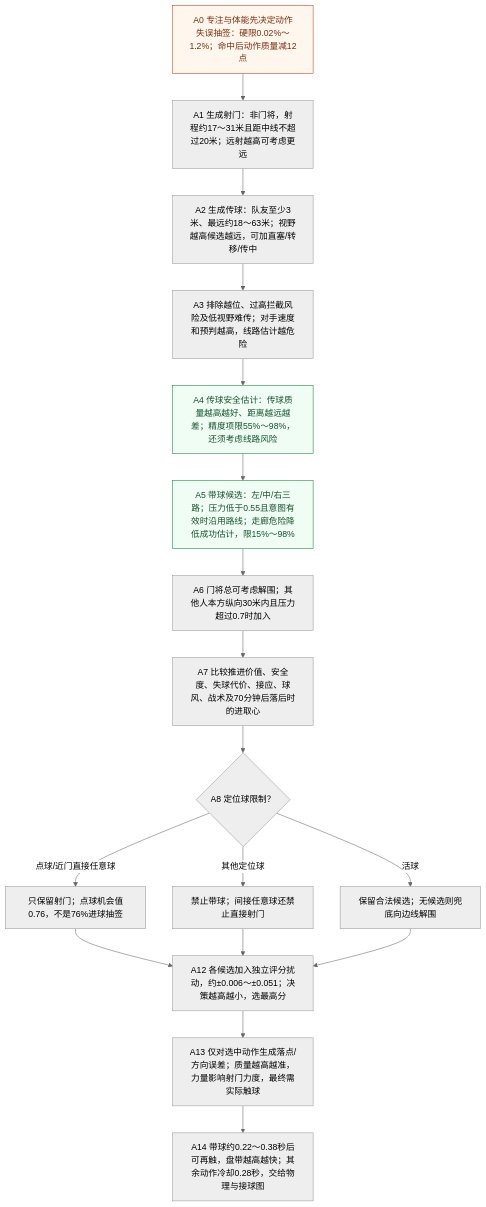
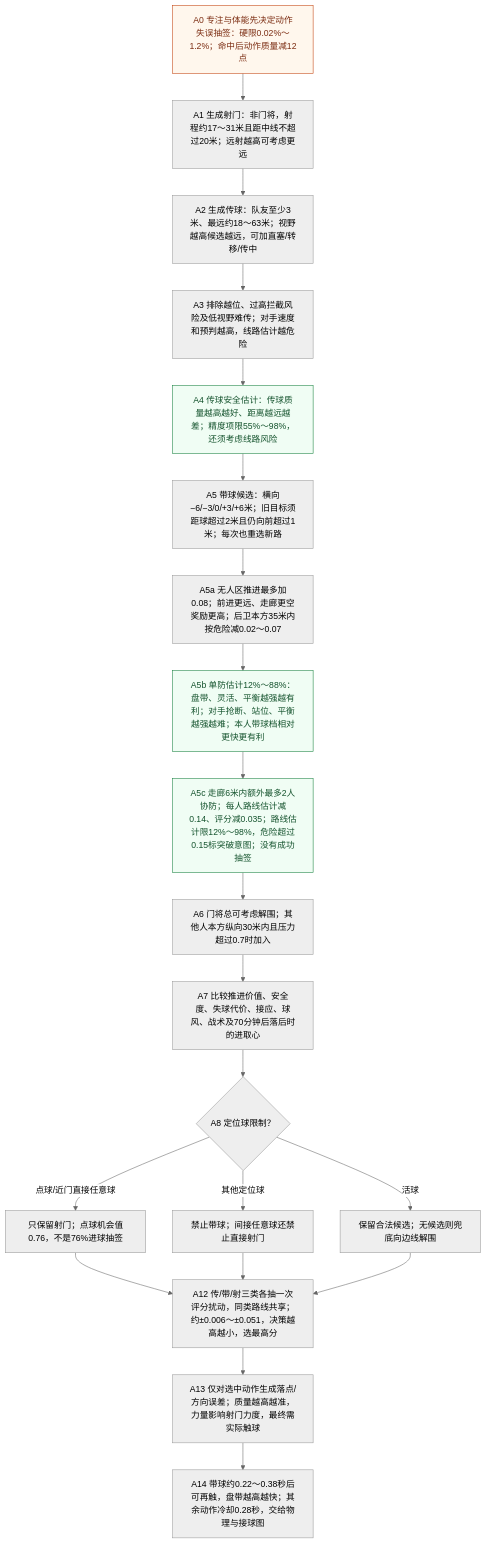
The fifth of 6 diagrams in packages/shared/modules/matches/design/PLAYER_DECISION_MAP.md (sixu3575/touchline-manager), drawn with Mermaid (neutral theme) before and after one commit. The commit also changed other lines of this file and 20 other files, not shown here.

````diff
--- a/packages/shared/modules/matches/design/PLAYER_DECISION_MAP.md
+++ b/packages/shared/modules/matches/design/PLAYER_DECISION_MAP.md
@@ -206,23 +206,26 @@
 ```mermaid
 flowchart TD
   A0["A0 专注与体能先决定动作失误抽签：硬限0.02%～1.2%；命中后动作质量减12点"] --> A1["A1 生成射门：非门将，射程约17～31米且距中线不超过20米；远射越高可考虑更远"]
   A1 --> A2["A2 生成传球：队友至少3米、最远约18～63米；视野越高候选越远，可加直塞/转移/传中"]
   A2 --> A3["A3 排除越位、过高拦截风险及低视野难传；对手速度和预判越高，线路估计越危险"]
   A3 --> A4["A4 传球安全估计：传球质量越高越好、距离越远越差；精度项限55%～98%，还须考虑线路风险"]
-  A4 --> A5["A5 带球候选：左/中/右三路；压力低于0.55且意图有效时沿用路线；走廊危险降低成功估计，限15%～98%"]
-  A5 --> A6["A6 门将总可考虑解围；其他人本方纵向30米内且压力超过0.7时加入"]
+  A4 --> A5["A5 带球候选：横向−6/−3/0/+3/+6米；旧目标须距球超过2米且仍向前超过1米；每次也重选新路"]
+  A5 --> A5a["A5a 无人区推进最多加0.08；前进更远、走廊更空奖励更高；后卫本方35米内按危险减0.02～0.07"]
+  A5a --> A5b["A5b 单防估计12%～88%：盘带、灵活、平衡越强越有利；对手抢断、站位、平衡越强越难；本人带球档相对更快更有利"]
+  A5b --> A5c["A5c 走廊6米内额外最多2人协防；每人路线估计减0.14、评分减0.035；路线估计限12%～98%，危险超过0.15标突破意图；没有成功抽签"]
+  A5c --> A6["A6 门将总可考虑解围；其他人本方纵向30米内且压力超过0.7时加入"]
   A6 --> A7["A7 比较推进价值、安全度、失球代价、接应、球风、战术及70分钟后落后时的进取心"]
   A7 --> A8{"A8 定位球限制？"}
   A8 -->|点球/近门直接任意球| A9["只保留射门；点球机会值0.76，不是76%进球抽签"]
   A8 -->|其他定位球| A10["禁止带球；间接任意球还禁止直接射门"]
   A8 -->|活球| A11["保留合法候选；无候选则兜底向边线解围"]
-  A9 --> A12["A12 各候选加入独立评分扰动，约±0.006～±0.051；决策越高越小，选最高分"]
+  A9 --> A12["A12 传/带/射三类各抽一次评分扰动，同类路线共享；约±0.006～±0.051，决策越高越小，选最高分"]
   A10 --> A12
   A11 --> A12
   A12 --> A13["A13 仅对选中动作生成落点/方向误差；质量越高越准，力量影响射门力度，最终需实际触球"]
   A13 --> A14["A14 带球约0.22～0.38秒后可再触，盘带越高越快；其余动作冷却0.28秒，交给物理与接球图"]
   classDef draw fill:#fff7ed,stroke:#c2410c,color:#7c2d12
   classDef estimate fill:#f0fdf4,stroke:#15803d,color:#14532d
   class A0 draw
-  class A4,A5 estimate
+  class A4,A5b,A5c estimate
 ```
````
